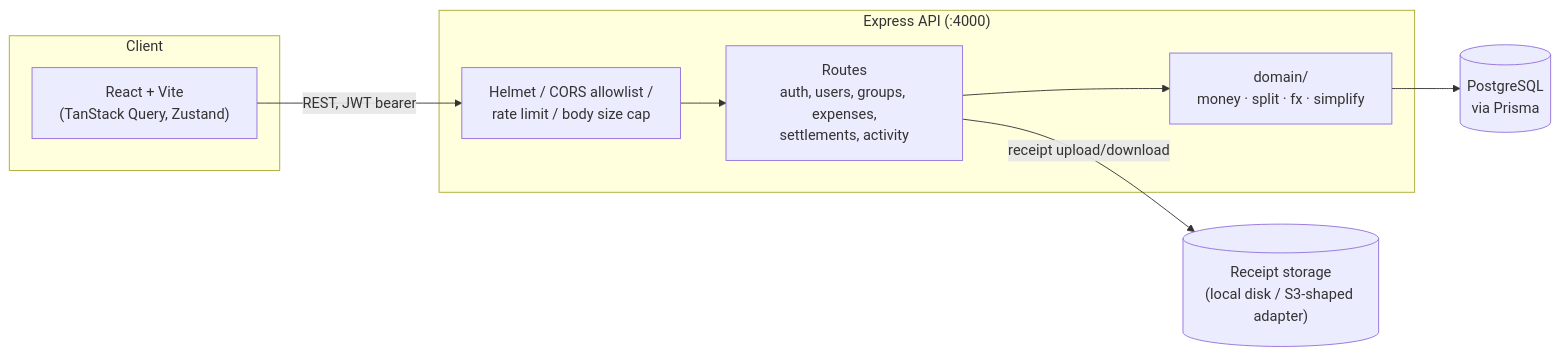
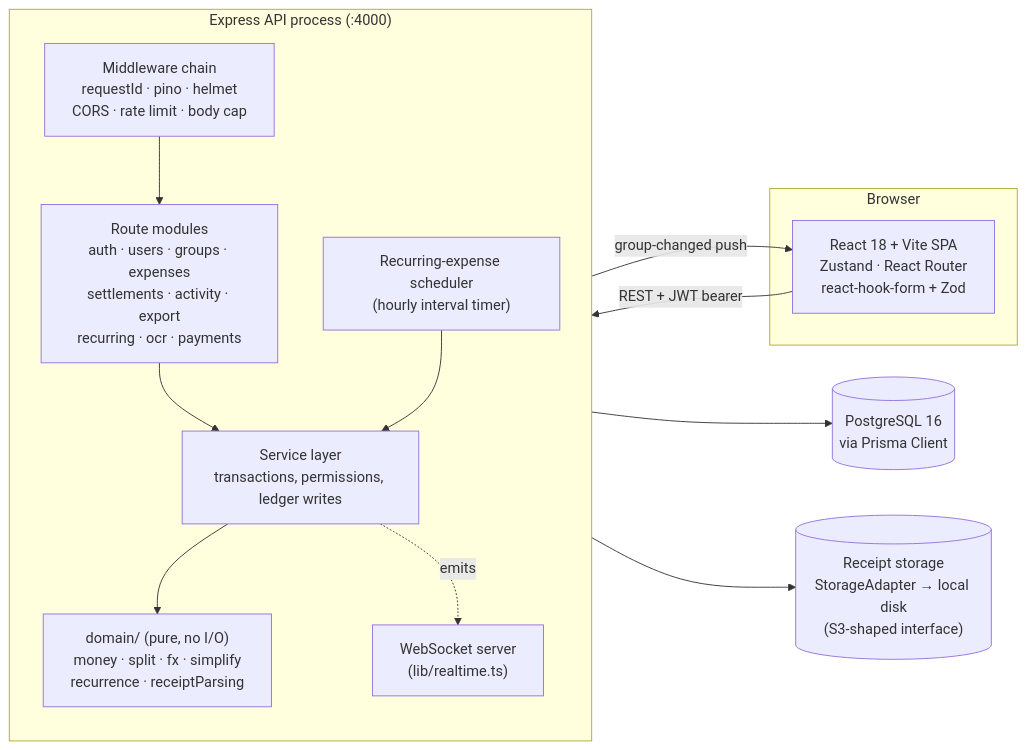
Before and after one commit to kartiksingh0074/splitwise-lite: the first of 9 diagrams in README.md, drawn with Mermaid. The commit also changed other lines of this file and 1 other file, not shown here.

First line of the commit message:
Docs: ER/DFD/architecture diagrams and a project guide

````diff
--- a/README.md
+++ b/README.md
@@ -54,20 +83,27 @@
 ```mermaid
 flowchart LR
-    subgraph Client
-        Web["React + Vite\n(TanStack Query, Zustand)"]
+    subgraph Browser["Browser"]
+        Web["React 18 + Vite SPA<br/>Zustand · React Router<br/>react-hook-form + Zod"]
     end
 
-    subgraph API["Express API (:4000)"]
-        MW["Helmet / CORS allowlist /\nrate limit / body size cap"]
-        Routes["Routes\nauth, users, groups, expenses,\nsettlements, activity"]
-        Domain["domain/\nmoney · split · fx · simplify"]
-        MW --> Routes --> Domain
+    subgraph Server["Express API process (:4000)"]
+        direction TB
+        MW["Middleware chain<br/>requestId · pino · helmet<br/>CORS · rate limit · body cap"]
+        Routes["Route modules<br/>auth · users · groups · expenses<br/>settlements · activity · export<br/>recurring · ocr · payments"]
+        Svc["Service layer<br/>transactions, permissions, ledger writes"]
+        Domain["domain/ (pure, no I/O)<br/>money · split · fx · simplify<br/>recurrence · receiptParsing"]
+        WS["WebSocket server<br/>(lib/realtime.ts)"]
+        Sched["Recurring-expense scheduler<br/>(hourly interval timer)"]
+        MW --> Routes --> Svc --> Domain
+        Sched --> Svc
+        Svc -.emits.-> WS
     end
 
-    DB[(PostgreSQL\nvia Prisma)]
-    Disk[("Receipt storage\n(local disk / S3-shaped adapter)")]
+    DB[("PostgreSQL 16<br/>via Prisma Client")]
+    Disk[("Receipt storage<br/>StorageAdapter → local disk<br/>(S3-shaped interface)")]
 
-    Web -- "REST, JWT bearer" --> MW
-    Domain --> DB
-    Routes -- "receipt upload/download" --> Disk
+    Web -- "REST + JWT bearer" --> MW
+    WS -- "group-changed push" --> Web
+    Svc --> DB
+    Svc --> Disk
 ```
````
